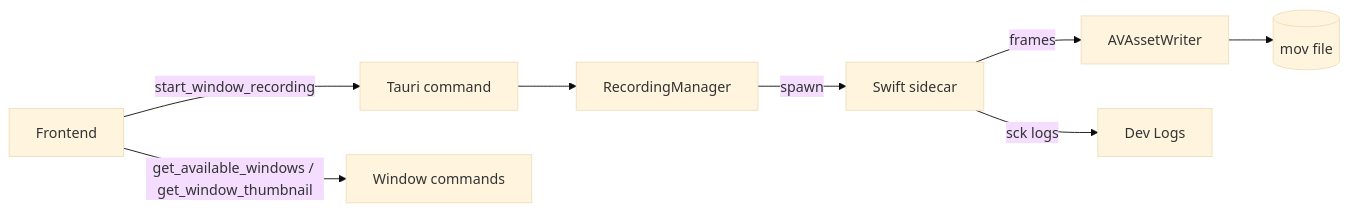
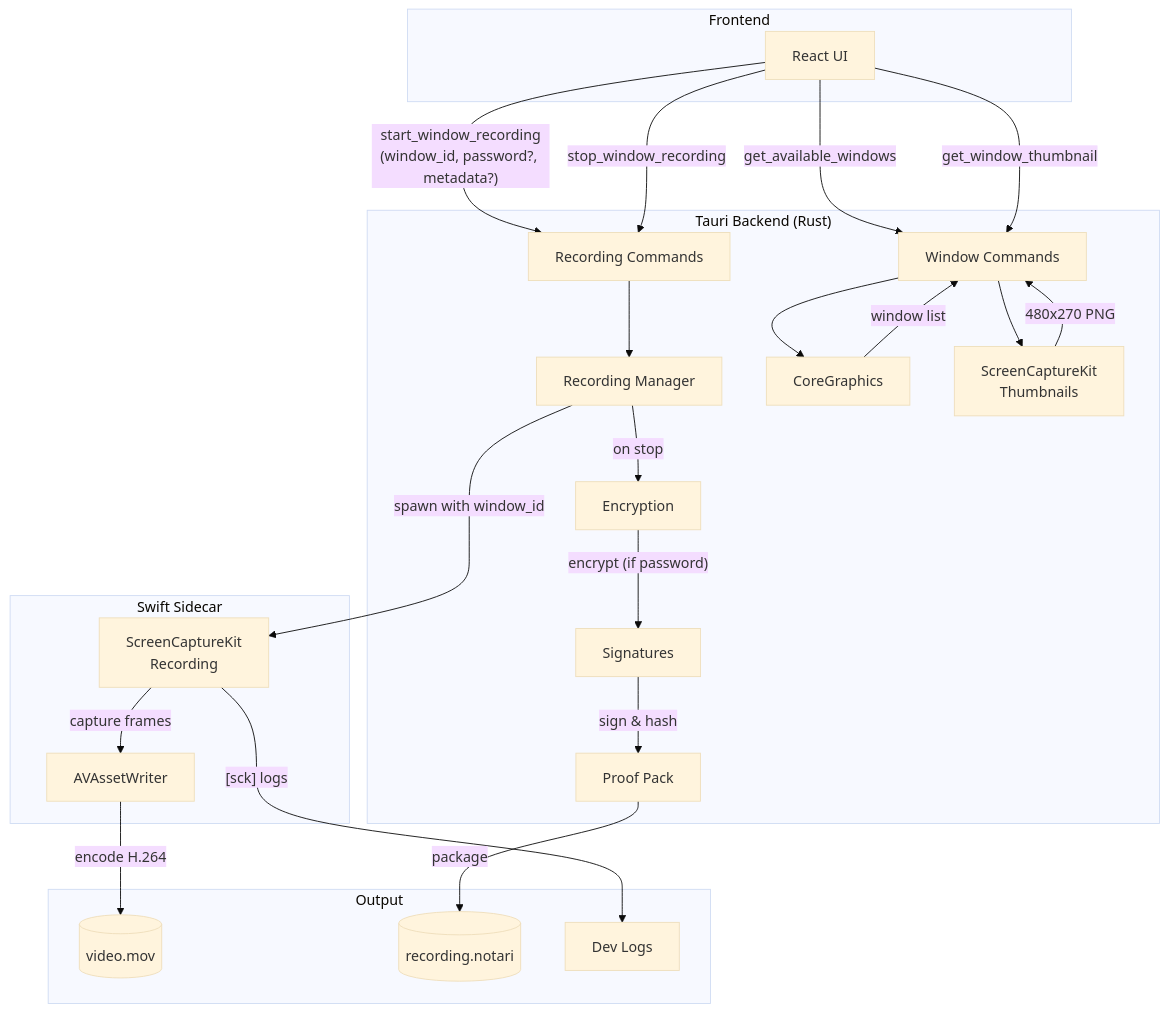
Before and after one commit to iceinvein/notari: the diagram in docs/recording.md, drawn with Mermaid (base theme). The commit also changed other lines of this file and 8 other files, not shown here.

````diff
--- a/docs/recording.md
+++ b/docs/recording.md
@@ -18,10 +23,50 @@
 ```mermaid
-flowchart LR
-  FE[Frontend] -- start_window_recording --> RC[Tauri command]
-  FE -- get_available_windows / get_window_thumbnail --> WC[Window commands]
-  RC --> RM[RecordingManager]
-  RM -- spawn --> SCK[Swift sidecar]
-  SCK -- frames --> AV[AVAssetWriter]
-  AV --> MOV[(mov file)]
-  SCK -- sck logs --> LOGS[Dev Logs]
+flowchart TB
+  subgraph Frontend
+    FE[React UI]
+  end
+
+  subgraph "Tauri Backend (Rust)"
+    WC[Window Commands]
+    RC[Recording Commands]
+    RM[Recording Manager]
+    CG[CoreGraphics]
+    SCK_THUMB[ScreenCaptureKit<br/>Thumbnails]
+    ENC[Encryption]
+    SIG[Signatures]
+    PP[Proof Pack]
+  end
+
+  subgraph "Swift Sidecar"
+    SCK[ScreenCaptureKit<br/>Recording]
+    AV[AVAssetWriter]
+  end
+
+  subgraph Output
+    MOV[(video.mov)]
+    NOTARI[(recording.notari)]
+    LOGS[Dev Logs]
+  end
+
+  FE -- "get_available_windows" --> WC
+  WC --> CG
+  CG -- "window list" --> WC
+
+  FE -- "get_window_thumbnail" --> WC
+  WC --> SCK_THUMB
+  SCK_THUMB -- "480x270 PNG" --> WC
+
+  FE -- "start_window_recording<br/>(window_id, password?, metadata?)" --> RC
+  RC --> RM
+  RM -- "spawn with window_id" --> SCK
+  SCK -- "capture frames" --> AV
+  AV -- "encode H.264" --> MOV
+  SCK -- "[sck] logs" --> LOGS
+
+  RM -- "on stop" --> ENC
+  ENC -- "encrypt (if password)" --> SIG
+  SIG -- "sign & hash" --> PP
+  PP -- "package" --> NOTARI
+
+  FE -- "stop_window_recording" --> RC
 ```
````
